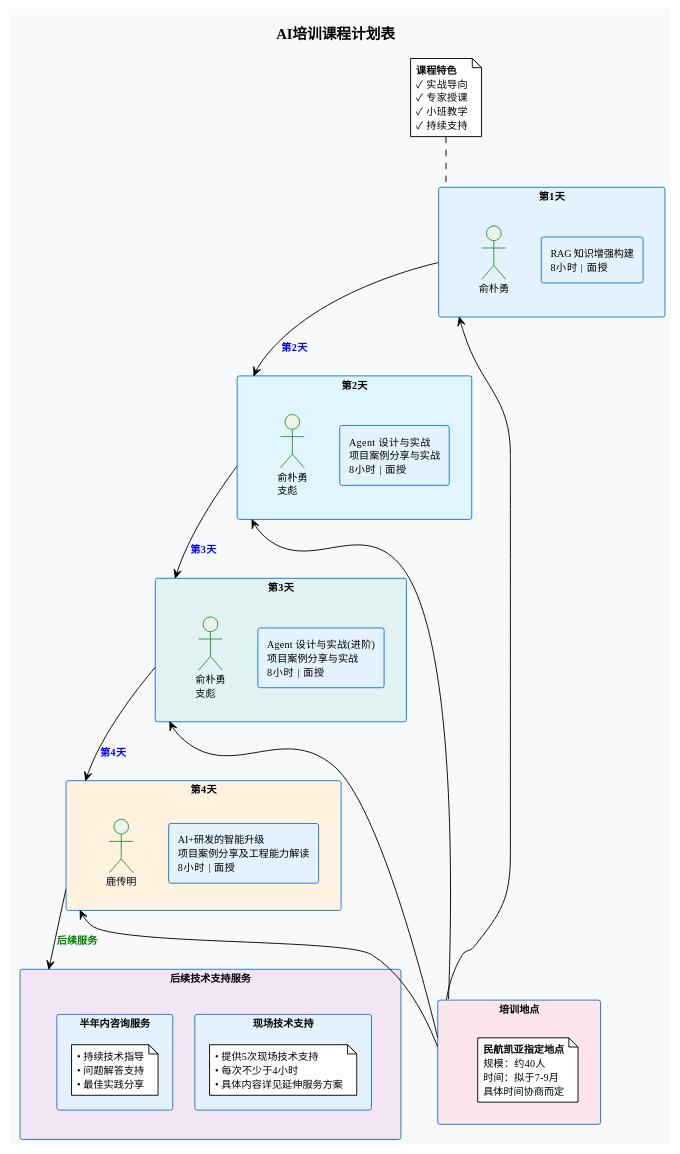
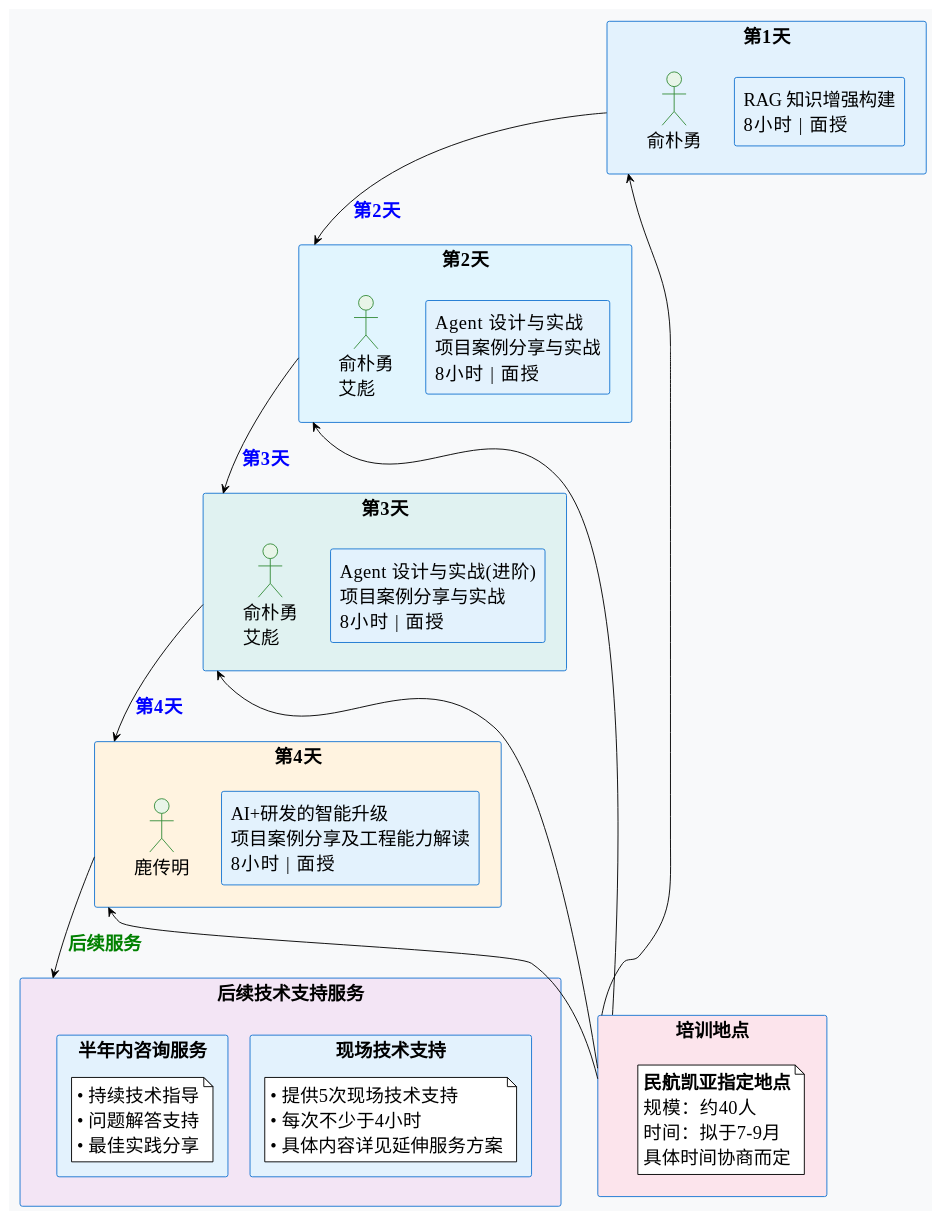
Before and after one commit to chuanminglu/aidocs: the diagram in AI培训课程计划表.md, drawn with PlantUML. The commit also changed other lines of this file and 4 other files, not shown here.

````diff
--- a/AI培训课程计划表.md
+++ b/AI培训课程计划表.md
@@ -10,7 +12,7 @@
 @startuml AI培训课程计划
 !theme plain
 skinparam backgroundColor #F8F9FA
-skinparam defaultFontSize 11
+skinparam defaultFontSize 20
 skinparam rectangle {
     BackgroundColor #E3F2FD
     BorderColor #1976D2
@@ -20,24 +22,21 @@
     BorderColor #388E3C
 }
 
-title <size:16><b>AI培训课程计划表</b></size>
-
 ' 第一天
 rectangle "第1天" as day1 #E3F2FD {
     rectangle "RAG 知识增强构建\n8小时 | 面授" as course1
     actor "俞朴勇" as instructor1
 }
-
 ' 第二天
 rectangle "第2天" as day2 #E1F5FE {
     rectangle "Agent 设计与实战\n项目案例分享与实战\n8小时 | 面授" as course2
-    actor "俞朴勇\n支彪" as instructor2
+    actor "俞朴勇\n艾彪" as instructor2
 }
 
 ' 第三天
 rectangle "第3天" as day3 #E0F2F1 {
     rectangle "Agent 设计与实战(进阶)\n项目案例分享与实战\n8小时 | 面授" as course3
-    actor "俞朴勇\n支彪" as instructor3
+    actor "俞朴勇\n艾彪" as instructor3
 }
 
 ' 第四天
@@ -86,13 +85,7 @@
 location -up-> day3
 location -up-> day4
 
-note top of day1
-    <b>课程特色</b>
-    ✓ 实战导向
-    ✓ 专家授课
-    ✓ 小班教学
-    ✓ 持续支持
-end note
+
 
 @enduml
 ```
````
